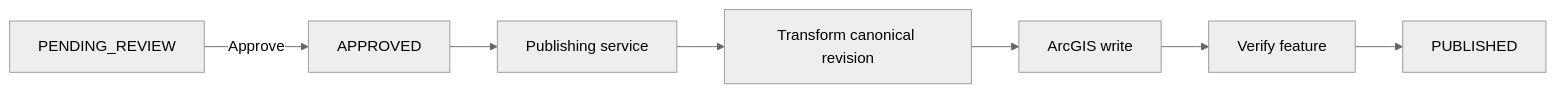
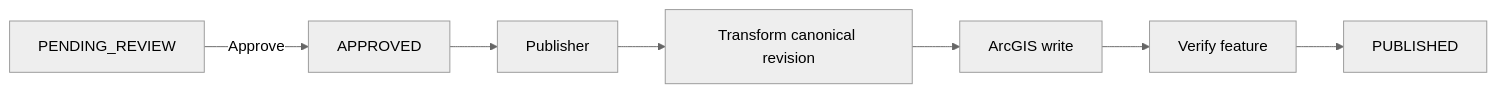
One commit to UnbrokenMango21/watershed-water-quality-dashboard changed the second of 2 diagrams in docs/REVIEW_AND_PUBLISHING_STRATEGY.md. Above: the diagram before and after it, drawn with Mermaid (neutral theme). The commit also changed other lines of this file, not shown here.

Commit message:
docs: clarify Spark-compatible QC and publishing execution model

````diff
--- a/docs/REVIEW_AND_PUBLISHING_STRATEGY.md
+++ b/docs/REVIEW_AND_PUBLISHING_STRATEGY.md
@@ -93,9 +97,9 @@
 ```mermaid
 flowchart LR
     A[PENDING_REVIEW] -->|Approve| B[APPROVED]
-    B --> C[Publishing service]
+    B --> C[Publisher]
     C --> D[Transform canonical revision]
     D --> E[ArcGIS write]
     E --> F[Verify feature]
     F --> G[PUBLISHED]
 ```
````
